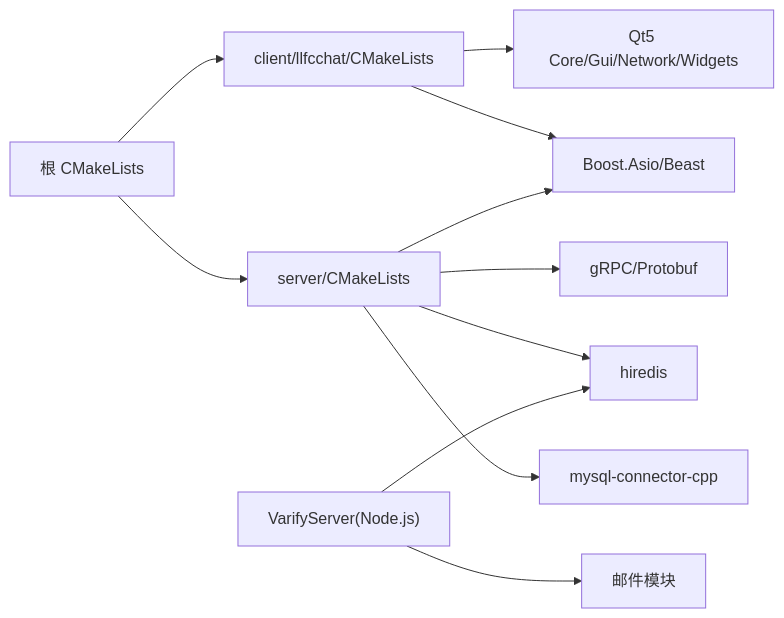
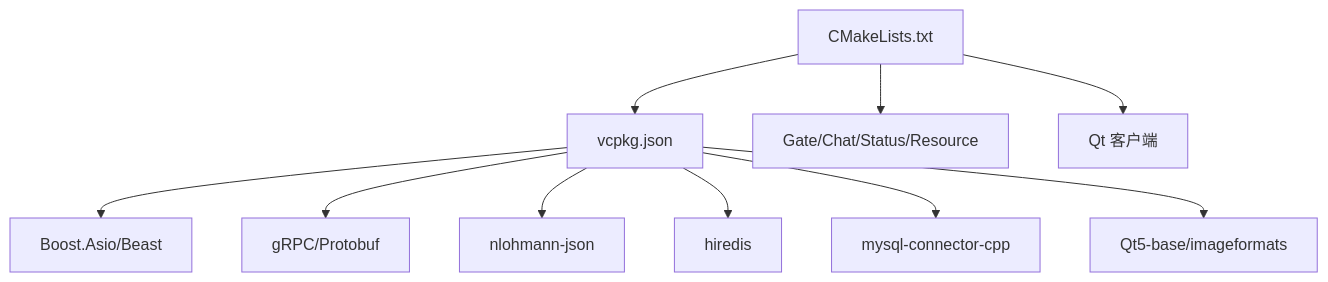
The ninth of 9 diagrams in .qoder/repowiki/zh/content/项目概述/项目概述.md (echo9923/mychatter), drawn with Mermaid before and after one commit. The commit also changed other lines of this file and 526 other files, not shown here.

Commit message:
docs: 为ChatServer所有头文件添加详细Doxygen注释 - 为18个头文件的类、函数、成员变量添加完整的中文注释 - 包含类职责说明、参数描述、返回值说明 - 涵盖AsioIOServicePool/CServer/CSession/LogicSystem等核心模块 - 同时更新GateServer的VerifyGrpcClient.h注释

````diff
--- a/.qoder/repowiki/zh/content/项目概述/项目概述.md
+++ b/.qoder/repowiki/zh/content/项目概述/项目概述.md
@@ -271,13 +384,12 @@
 ```mermaid
-graph LR
-Root["根 CMakeLists"] --> Client["client/llfcchat/CMakeLists"]
-Root --> Server["server/CMakeLists"]
-Client --> Qt["Qt5 Core/Gui/Network/Widgets"]
-Client --> Boost["Boost.Asio/Beast"]
-Server --> Boost
-Server --> gRPC["gRPC/Protobuf"]
-Server --> Redis["hiredis"]
-Server --> MySQL["mysql-connector-cpp"]
-Verify["VarifyServer(Node.js)"] --> Redis
-Verify --> Email["邮件模块"]
+graph TB
+CMake["CMakeLists.txt"] --> Vcpkg["vcpkg.json"]
+Vcpkg --> Boost["Boost.Asio/Beast"]
+Vcpkg --> GRPC["gRPC/Protobuf"]
+Vcpkg --> JSON["nlohmann-json"]
+Vcpkg --> Redis["hiredis"]
+Vcpkg --> MySQL["mysql-connector-cpp"]
+Vcpkg --> Qt["Qt5-base/imageformats"]
+CMake --> Servers["Gate/Chat/Status/Resource"]
+CMake --> Client["Qt 客户端"]
 ```
````
